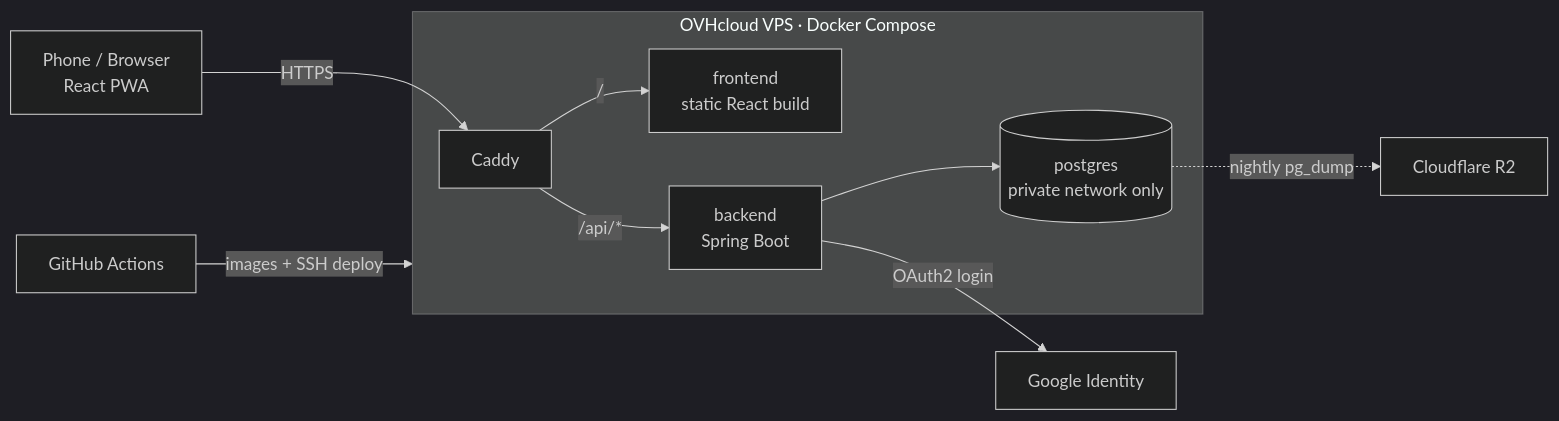
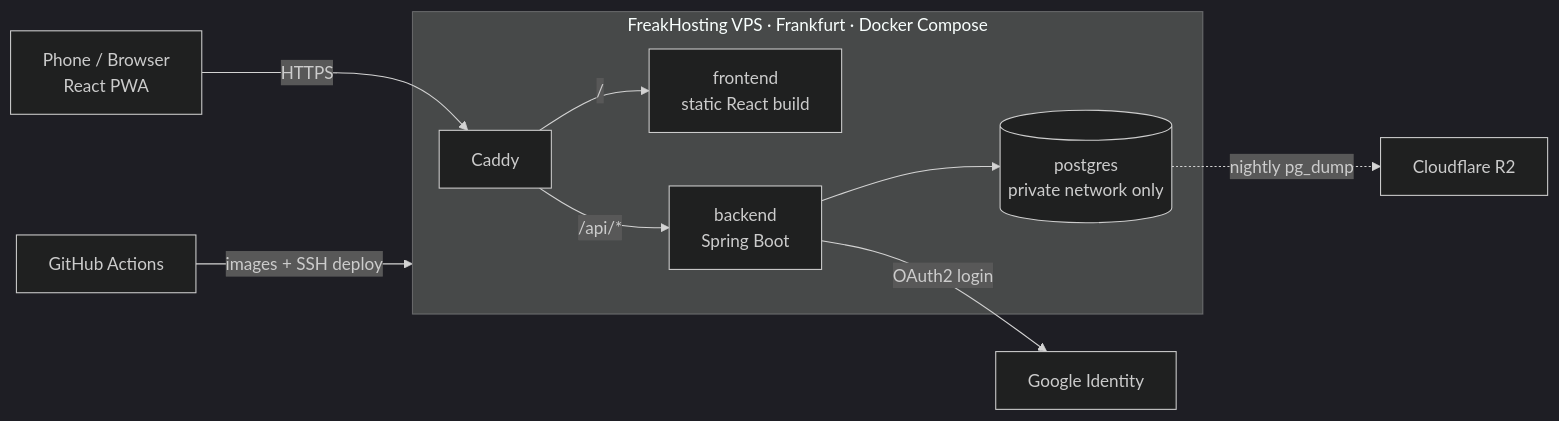
One commit to luca-impruvius/quode changed the diagram in docs/architecture.md. Above: the diagram before and after it, drawn with Mermaid (dark theme). The commit also changed other lines of this file and 7 other files, not shown here.

First line of the commit message:
docs(adr): FreakHosting VPS in Frankfurt and the quode.app domain (#46)

````diff
--- a/docs/architecture.md
+++ b/docs/architecture.md
@@ -26,12 +26,12 @@
 ```mermaid
 flowchart LR
   U["Phone / Browser<br>React PWA"] -->|"HTTPS"| C["Caddy"]
-  subgraph VPS["OVHcloud VPS · Docker Compose"]
+  subgraph VPS["FreakHosting VPS · Frankfurt · Docker Compose"]
     C -->|"/"| FE["frontend<br>static React build"]
     C -->|"/api/*"| BE["backend<br>Spring Boot"]
     BE --> DB[("postgres<br>private network only")]
   end
   BE -->|OAuth2 login| G["Google Identity"]
   DB -.->|nightly pg_dump| BK["Cloudflare R2"]
   GH["GitHub Actions"] -->|"images + SSH deploy"| VPS
 ```
````
